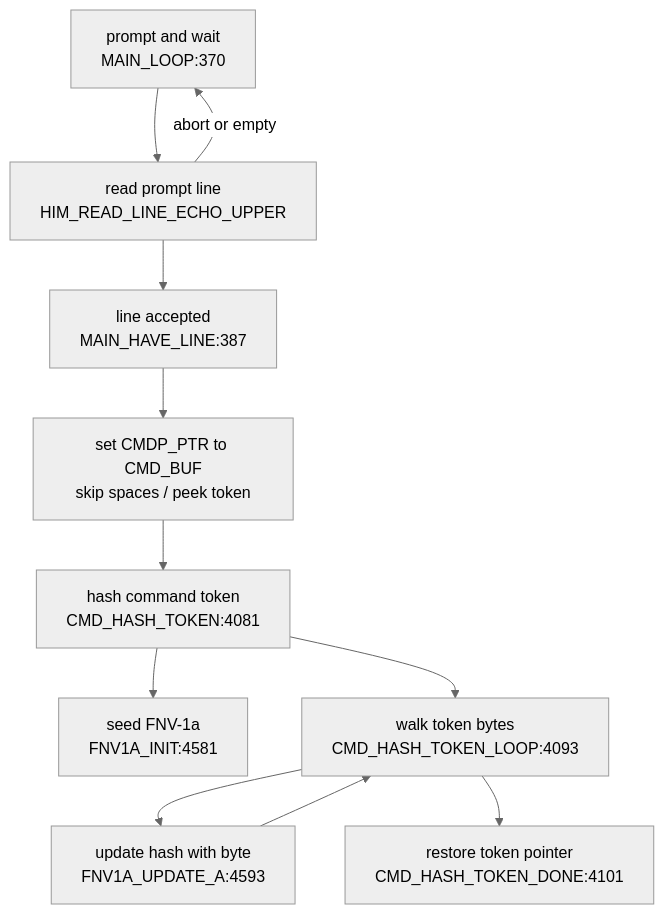
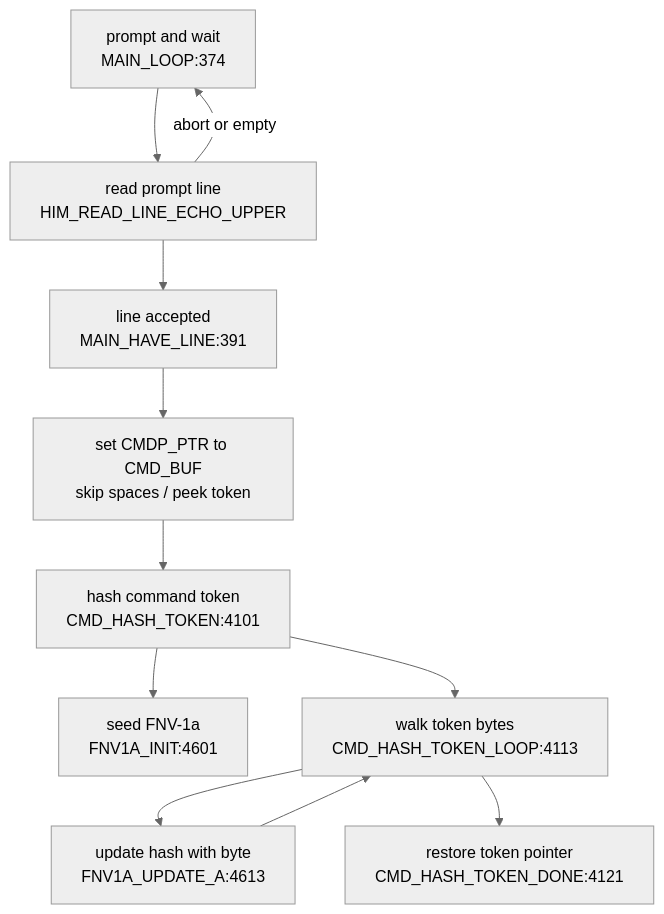
The second of 4 diagrams in DOC/GENERATED/CMD_FLOW_MAP.md (95westus/R-YORS), drawn with Mermaid (neutral theme) before and after one commit. The commit also changed other lines of this file and 59 other files, not shown here.

````diff
--- a/DOC/GENERATED/CMD_FLOW_MAP.md
+++ b/DOC/GENERATED/CMD_FLOW_MAP.md
@@ -24,13 +24,13 @@
 ```mermaid
 flowchart TD
-    LOOP["prompt and wait<br/>MAIN_LOOP:370"] --> READ["read prompt line<br/>HIM_READ_LINE_ECHO_UPPER"]
-    READ --> HAVE["line accepted<br/>MAIN_HAVE_LINE:387"]
+    LOOP["prompt and wait<br/>MAIN_LOOP:374"] --> READ["read prompt line<br/>HIM_READ_LINE_ECHO_UPPER"]
+    READ --> HAVE["line accepted<br/>MAIN_HAVE_LINE:391"]
     READ -->|abort or empty| LOOP
     HAVE --> PREP["set CMDP_PTR to CMD_BUF<br/>skip spaces / peek token"]
-    PREP --> HASH["hash command token<br/>CMD_HASH_TOKEN:4081"]
-    HASH --> FNVINIT["seed FNV-1a<br/>FNV1A_INIT:4581"]
-    HASH --> HASHLOOP["walk token bytes<br/>CMD_HASH_TOKEN_LOOP:4093"]
-    HASHLOOP --> UPDATE["update hash with byte<br/>FNV1A_UPDATE_A:4593"]
+    PREP --> HASH["hash command token<br/>CMD_HASH_TOKEN:4101"]
+    HASH --> FNVINIT["seed FNV-1a<br/>FNV1A_INIT:4601"]
+    HASH --> HASHLOOP["walk token bytes<br/>CMD_HASH_TOKEN_LOOP:4113"]
+    HASHLOOP --> UPDATE["update hash with byte<br/>FNV1A_UPDATE_A:4613"]
     UPDATE --> HASHLOOP
-    HASHLOOP --> DONE["restore token pointer<br/>CMD_HASH_TOKEN_DONE:4101"]
+    HASHLOOP --> DONE["restore token pointer<br/>CMD_HASH_TOKEN_DONE:4121"]
 ```
````
